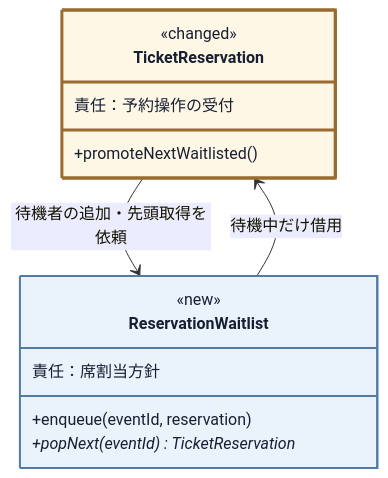
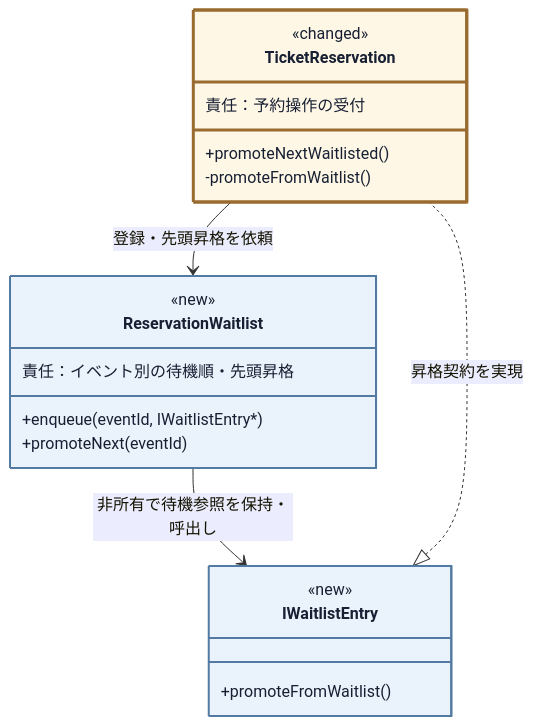
Diagram 15 of 24 in kindle/design-patterns/books/volume01-core-patterns/output/04-chapter02.md (kumachan1101-pixel/DesignPattern), drawn with Mermaid before and after one commit. The commit also changed other lines of this file and 17 other files, not shown here.

````diff
--- a/kindle/design-patterns/books/volume01-core-patterns/output/04-chapter02.md
+++ b/kindle/design-patterns/books/volume01-core-patterns/output/04-chapter02.md
@@ -1584,20 +1676,27 @@
 ```mermaid
 classDiagram
     direction TB
     class TicketReservation:::touched {
         <<changed>>
         責任：予約操作の受付
         +promoteNextWaitlisted()
+        -promoteFromWaitlist()
+    }
+    class IWaitlistEntry:::added {
+        <<new>>
+        <<interface>>
+        +promoteFromWaitlist()
     }
     class ReservationWaitlist:::added {
         <<new>>
-        責任：席割当方針
-        +enqueue(eventId, reservation)
-        +popNext(eventId) TicketReservation*
+        責任：イベント別の待機順・先頭昇格
+        +enqueue(eventId, IWaitlistEntry*)
+        +promoteNext(eventId)
     }
-    TicketReservation --> ReservationWaitlist : 待機者の追加・先頭取得を依頼
-    ReservationWaitlist --> TicketReservation : 待機中だけ借用
+    IWaitlistEntry <|.. TicketReservation : 昇格契約を実現
+    TicketReservation --> ReservationWaitlist : 登録・先頭昇格を依頼
+    ReservationWaitlist --> IWaitlistEntry : 非所有で待機参照を保持・呼出し
 
     classDef added fill:#eaf2fb,stroke:#527aa3,stroke-width:2px,color:#172033;
     classDef touched fill:#fff7e6,stroke:#9a6b2f,stroke-width:3px,color:#172033;
 ```
````
